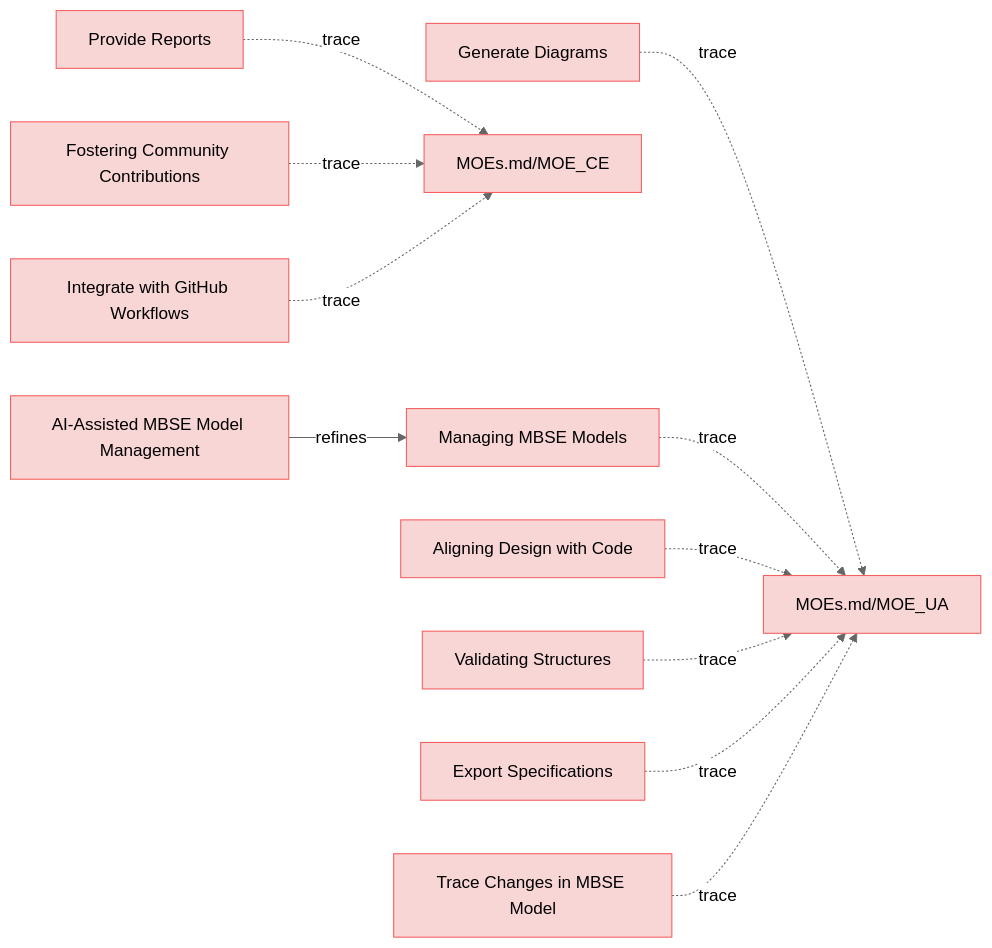
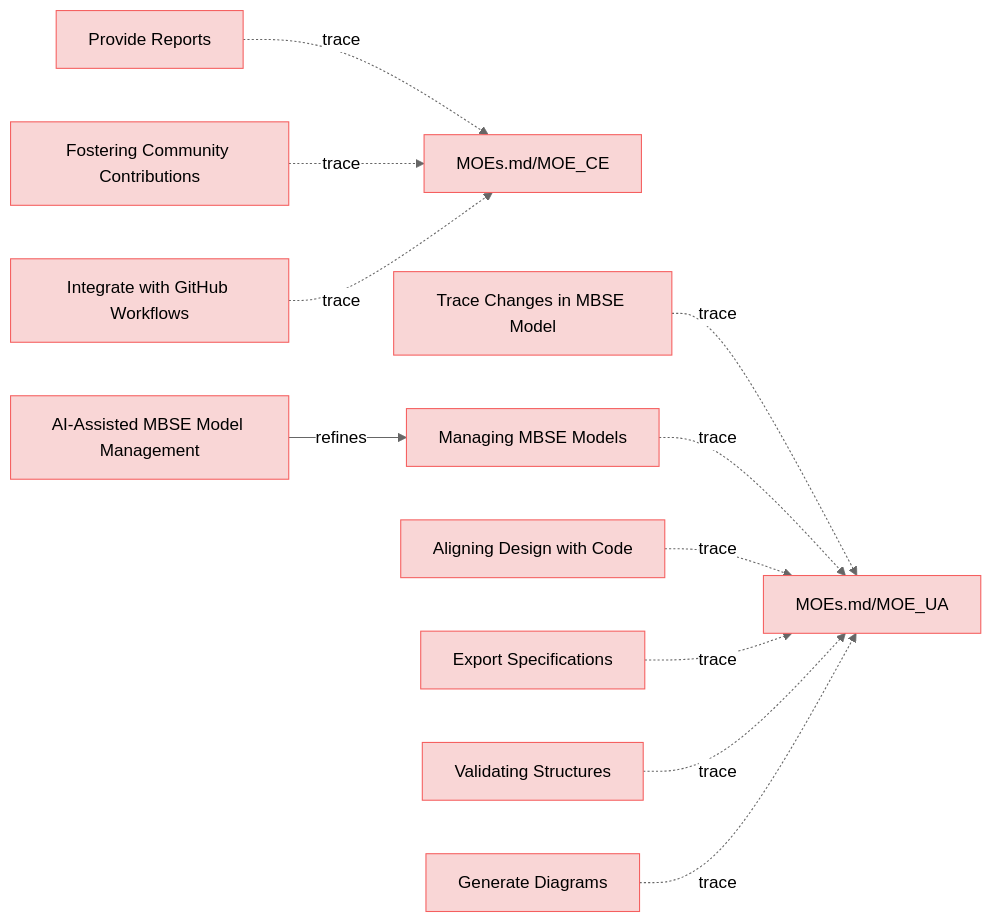
One commit to reqvire-org/reqvire changed the diagram in specifications/UserStories.md. Above: the diagram before and after it, drawn with Mermaid (neutral theme). The commit also changed 44 other files, not shown here.

Commit message:
Diagrams bug fixes. Test improvements.

````diff
--- a/specifications/UserStories.md
+++ b/specifications/UserStories.md
@@ -12,55 +12,55 @@
 ```mermaid
 graph LR;
   %% Graph styling
   classDef requirement fill:#f9d6d6,stroke:#f55f5f,stroke-width:1px;
   classDef verification fill:#d6f9d6,stroke:#5fd75f,stroke-width:1px;
   classDef externalLink fill:#d0e0ff,stroke:#3080ff,stroke-width:1px;
   classDef default fill:#f5f5f5,stroke:#333333,stroke-width:1px;
 
-  37a5b8e199a838f["Generate Diagrams"];
-  click 37a5b8e199a838f "specifications/UserStories.md#generate-diagrams#generate-diagrams";
-  class 37a5b8e199a838f requirement;
+  91a0adb0b4d959c4["Provide Reports"];
+  class 91a0adb0b4d959c4 requirement;
+  click 91a0adb0b4d959c4 "UserStories.md#provide-reports";
+  e9ad540a6411a0fc["MOEs.md/MOE_CE"];
+  class e9ad540a6411a0fc requirement;
+  click e9ad540a6411a0fc "MOEs.md#moe_ce";
+  91a0adb0b4d959c4 -.->|trace| e9ad540a6411a0fc;
+  5ef9c8ae19a9f55a["Trace Changes in MBSE Model"];
+  class 5ef9c8ae19a9f55a requirement;
+  click 5ef9c8ae19a9f55a "UserStories.md#trace-changes-in-mbse-model";
   2c5f30f14e792200["MOEs.md/MOE_UA"];
   class 2c5f30f14e792200 requirement;
-  click 2c5f30f14e792200 "specifications/MOEs.md#moe_ua#moe_ua";
-  37a5b8e199a838f -.->|trace| 2c5f30f14e792200;
-  91a0adb0b4d959c4["Provide Reports"];
-  click 91a0adb0b4d959c4 "specifications/UserStories.md#provide-reports#provide-reports";
-  class 91a0adb0b4d959c4 requirement;
-  e9ad540a6411a0fc["MOEs.md/MOE_CE"];
-  class e9ad540a6411a0fc requirement;
-  click e9ad540a6411a0fc "specifications/MOEs.md#moe_ce#moe_ce";
-  91a0adb0b4d959c4 -.->|trace| e9ad540a6411a0fc;
+  click 2c5f30f14e792200 "MOEs.md#moe_ua";
+  5ef9c8ae19a9f55a -.->|trace| 2c5f30f14e792200;
   e61b7c1baa89bfc6["Managing MBSE Models"];
-  click e61b7c1baa89bfc6 "specifications/UserStories.md#managing-mbse-models#managing-mbse-models";
   class e61b7c1baa89bfc6 requirement;
+  click e61b7c1baa89bfc6 "UserStories.md#managing-mbse-models";
   e61b7c1baa89bfc6 -.->|trace| 2c5f30f14e792200;
   cd2d5dab49985ca2["AI-Assisted MBSE Model Management"];
-  click cd2d5dab49985ca2 "specifications/UserStories.md#ai-assisted-mbse-model-management#ai-assisted-mbse-model-management";
   class cd2d5dab49985ca2 requirement;
+  click cd2d5dab49985ca2 "UserStories.md#ai-assisted-mbse-model-management";
   cd2d5dab49985ca2 -->|refines| e61b7c1baa89bfc6;
   1c32d488dd358c54["Fostering Community Contributions"];
-  click 1c32d488dd358c54 "specifications/UserStories.md#fostering-community-contributions#fostering-community-contributions";
   class 1c32d488dd358c54 requirement;
+  click 1c32d488dd358c54 "UserStories.md#fostering-community-contributions";
   1c32d488dd358c54 -.->|trace| e9ad540a6411a0fc;
   855a1b3061c7bcdd["Aligning Design with Code"];
-  click 855a1b3061c7bcdd "specifications/UserStories.md#aligning-design-with-code#aligning-design-with-code";
   class 855a1b3061c7bcdd requirement;
+  click 855a1b3061c7bcdd "UserStories.md#aligning-design-with-code";
   855a1b3061c7bcdd -.->|trace| 2c5f30f14e792200;
+  b3b899678f557ee9["Export Specifications"];
+  class b3b899678f557ee9 requirement;
+  click b3b899678f557ee9 "UserStories.md#export-specifications";
+  b3b899678f557ee9 -.->|trace| 2c5f30f14e792200;
   113748a94885138d["Validating Structures"];
-  click 113748a94885138d "specifications/UserStories.md#validating-structures#validating-structures";
   class 113748a94885138d requirement;
+  click 113748a94885138d "UserStories.md#validating-structures";
   113748a94885138d -.->|trace| 2c5f30f14e792200;
-  b3b899678f557ee9["Export Specifications"];
-  click b3b899678f557ee9 "specifications/UserStories.md#export-specifications#export-specifications";
-  class b3b899678f557ee9 requirement;
-  b3b899678f557ee9 -.->|trace| 2c5f30f14e792200;
+  37a5b8e199a838f["Generate Diagrams"];
+  class 37a5b8e199a838f requirement;
+  click 37a5b8e199a838f "UserStories.md#generate-diagrams";
+  37a5b8e199a838f -.->|trace| 2c5f30f14e792200;
   98eaeddc27f99e11["Integrate with GitHub Workflows"];
-  click 98eaeddc27f99e11 "specifications/UserStories.md#integrate-with-github-workflows#integrate-with-github-workflows";
   class 98eaeddc27f99e11 requirement;
+  click 98eaeddc27f99e11 "UserStories.md#integrate-with-github-workflows";
   98eaeddc27f99e11 -.->|trace| e9ad540a6411a0fc;
-  5ef9c8ae19a9f55a["Trace Changes in MBSE Model"];
-  click 5ef9c8ae19a9f55a "specifications/UserStories.md#trace-changes-in-mbse-model#trace-changes-in-mbse-model";
-  class 5ef9c8ae19a9f55a requirement;
-  5ef9c8ae19a9f55a -.->|trace| 2c5f30f14e792200;
 ```
````
